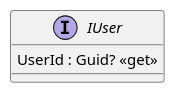
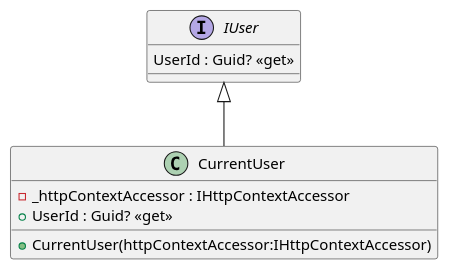
One commit to thanhkhac/SEP_Diagram changed the diagram in common/service/IUser.puml. Above: the diagram before and after it, drawn with PlantUML. The commit also changed 12 other files, not shown here.

First line of the commit message:
Refactor and update QuestionSet PlantUML diagrams

```diff
--- a/common/service/IUser.puml
+++ b/common/service/IUser.puml
@@ -1,5 +1,12 @@
 @startuml
 interface IUser {
     UserId : Guid? <<get>>
 }
+
+class CurrentUser {
+    -_httpContextAccessor : IHttpContextAccessor
+    + CurrentUser(httpContextAccessor:IHttpContextAccessor)
+    + UserId : Guid? <<get>>
+}
+IUser <|-- CurrentUser
 @enduml
```
